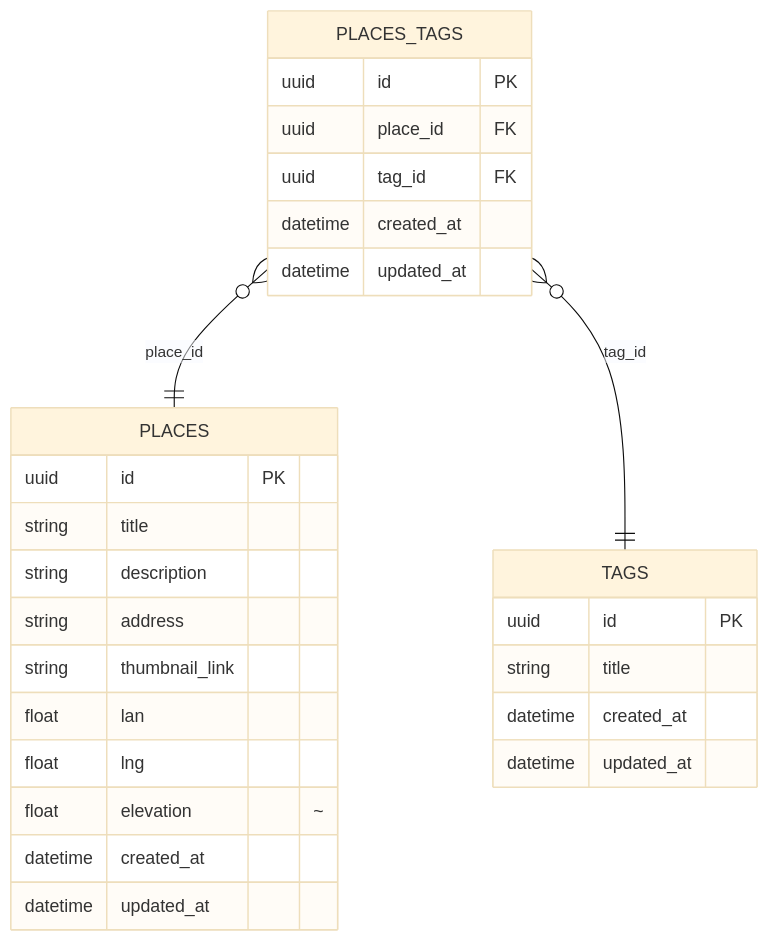
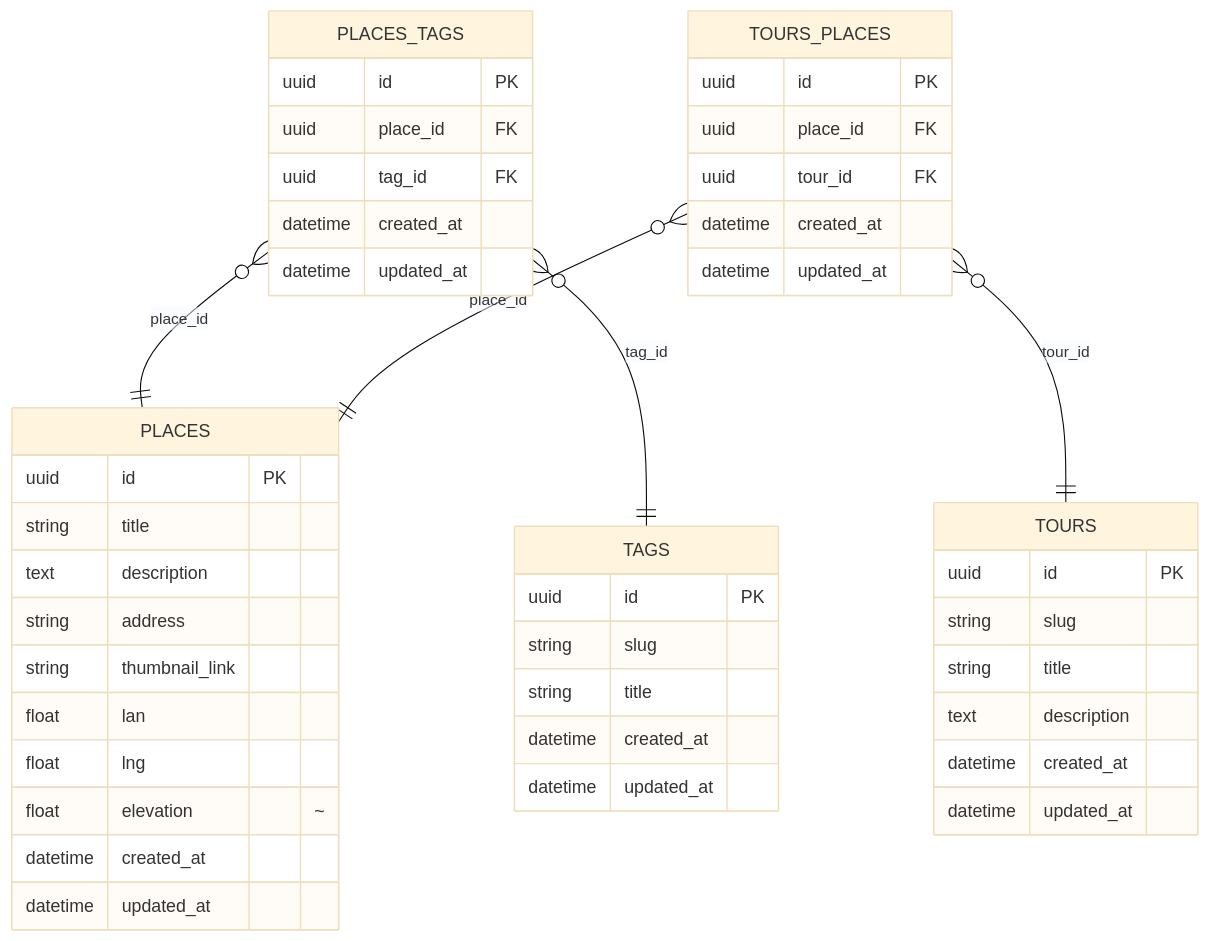
The diagram in readme.md (luiqor/krokwalk), drawn with Mermaid (base theme) before and after one commit. The commit also changed 9 other files, not shown here.

````diff
--- a/readme.md
+++ b/readme.md
@@ -5,32 +5,52 @@
 ```mermaid
 erDiagram
     PLACES {
         uuid id PK
         string title
-        string description
+        text description
         string address
         string thumbnail_link
         float lan
         float lng
         float elevation "~"
         datetime created_at
         datetime updated_at
     }
 
     PLACES_TAGS }o--|| PLACES : "place_id"
     PLACES_TAGS }o--|| TAGS : "tag_id"
     PLACES_TAGS {
         uuid id PK
         uuid place_id FK
         uuid tag_id FK
         datetime created_at
         datetime updated_at
     }
 
     TAGS {
         uuid id PK
+        string slug
         string title
         datetime created_at
         datetime updated_at
     }
+
+    TOURS {
+        uuid id PK
+        string slug
+        string title
+        text description
+        datetime created_at
+        datetime updated_at
+    }
+
+    TOURS_PLACES }o--|| PLACES : "place_id"
+    TOURS_PLACES }o--|| TOURS : "tour_id"
+    TOURS_PLACES {
+        uuid id PK
+        uuid place_id FK
+        uuid tour_id FK
+        datetime created_at
+        datetime updated_at
+    }
 ```
````
